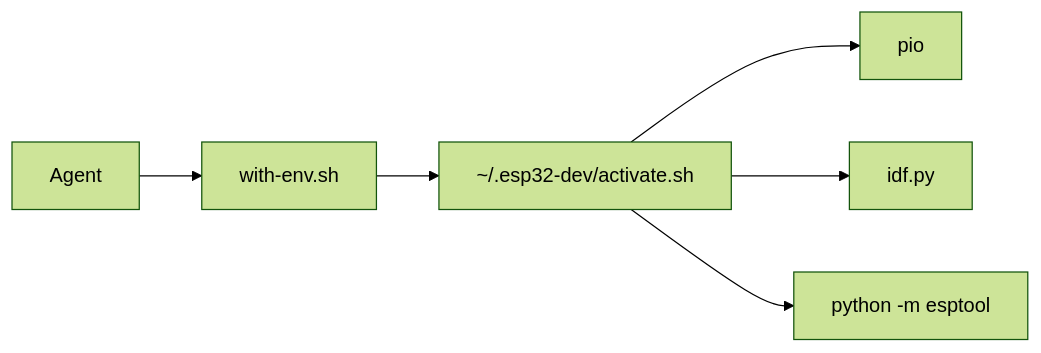
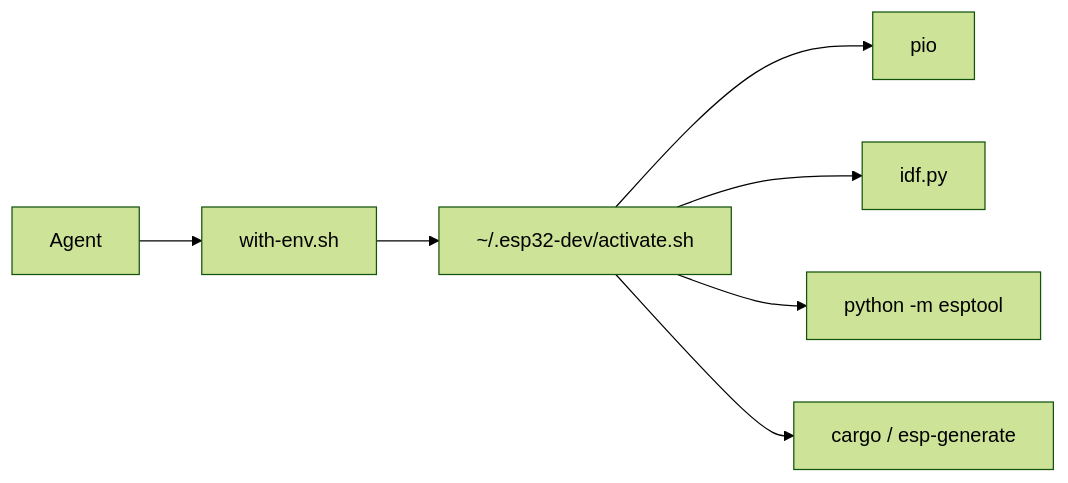
Before and after one commit to brianlechthaler/esp_dev: the diagram in docs/features/agent-skill.md, drawn with Mermaid (forest theme). The commit also changed other lines of this file and 23 other files, not shown here.

First line of the commit message:
Install rustup, espup, and ESP cargo tools into the shared prefix.

````diff
--- a/docs/features/agent-skill.md
+++ b/docs/features/agent-skill.md
@@ -47,8 +47,9 @@
 ```mermaid
 flowchart LR
   Agent --> Wrap["with-env.sh"]
   Wrap --> Act["~/.esp32-dev/activate.sh"]
   Act --> PIO[pio]
   Act --> IDF[idf.py]
   Act --> ESP["python -m esptool"]
+  Act --> Rust["cargo / esp-generate"]
 ```
````
